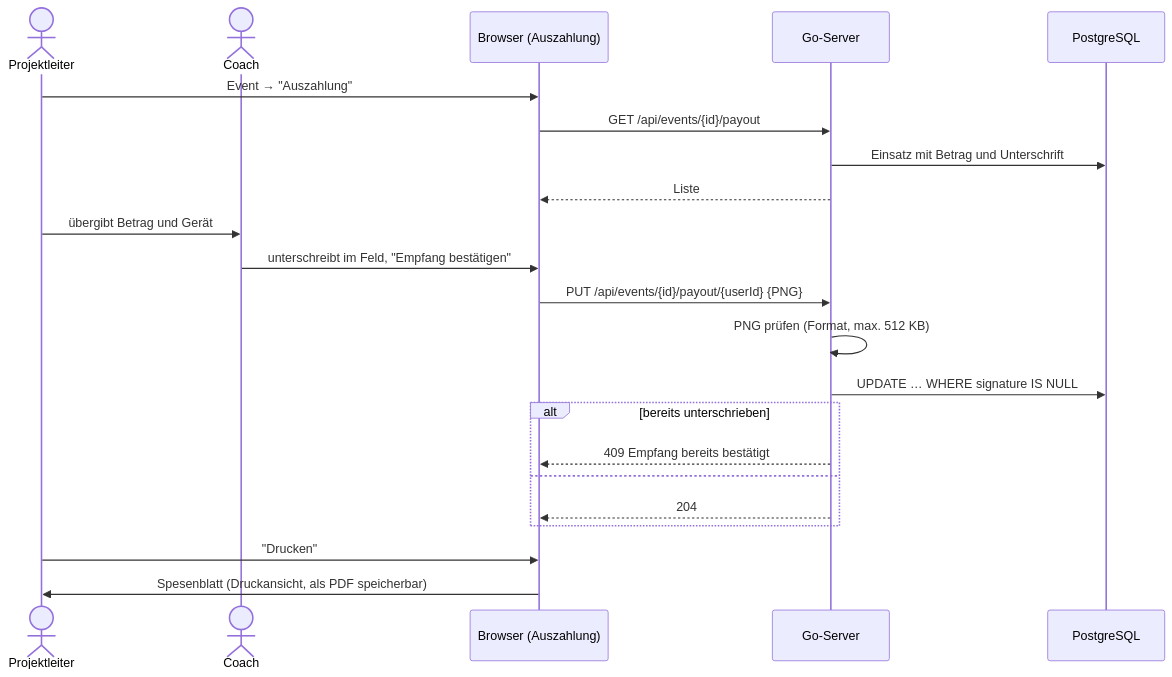
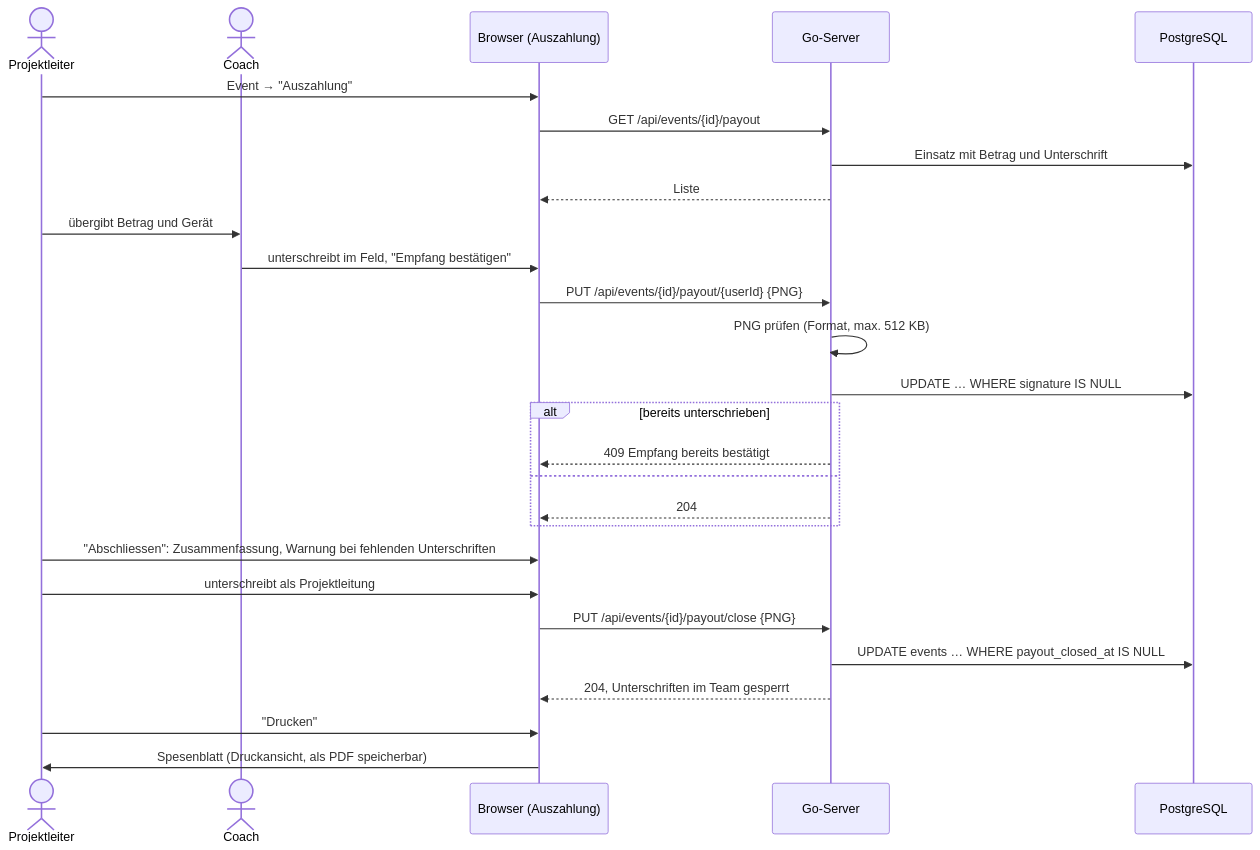
One commit to tribock/midnightsports changed the sixth of 6 diagrams in docs/architektur.md. Above: the diagram before and after it, drawn with Mermaid. The commit also changed other lines of this file and 8 other files, not shown here.

````diff
--- a/docs/architektur.md
+++ b/docs/architektur.md
@@ -266,25 +270,30 @@
 ```mermaid
 sequenceDiagram
     actor PL as Projektleiter
     actor C as Coach
     participant B as Browser (Auszahlung)
     participant S as Go-Server
     participant DB as PostgreSQL
 
     PL->>B: Event → "Auszahlung"
     B->>S: GET /api/events/{id}/payout
     S->>DB: Einsatz mit Betrag und Unterschrift
     S-->>B: Liste
     PL->>C: übergibt Betrag und Gerät
     C->>B: unterschreibt im Feld, "Empfang bestätigen"
     B->>S: PUT /api/events/{id}/payout/{userId} {PNG}
     S->>S: PNG prüfen (Format, max. 512 KB)
     S->>DB: UPDATE … WHERE signature IS NULL
     alt bereits unterschrieben
         S-->>B: 409 Empfang bereits bestätigt
     else
         S-->>B: 204
     end
+    PL->>B: "Abschliessen": Zusammenfassung, Warnung bei fehlenden Unterschriften
+    PL->>B: unterschreibt als Projektleitung
+    B->>S: PUT /api/events/{id}/payout/close {PNG}
+    S->>DB: UPDATE events … WHERE payout_closed_at IS NULL
+    S-->>B: 204, Unterschriften im Team gesperrt
     PL->>B: "Drucken"
     B->>PL: Spesenblatt (Druckansicht, als PDF speicherbar)
 ```
````
